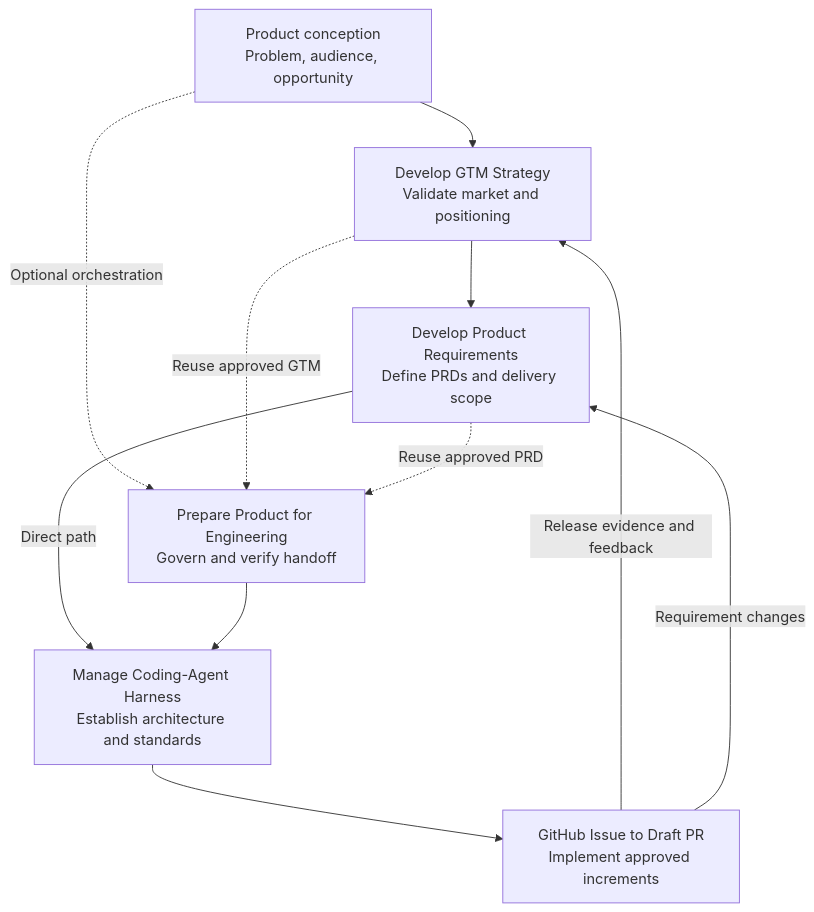
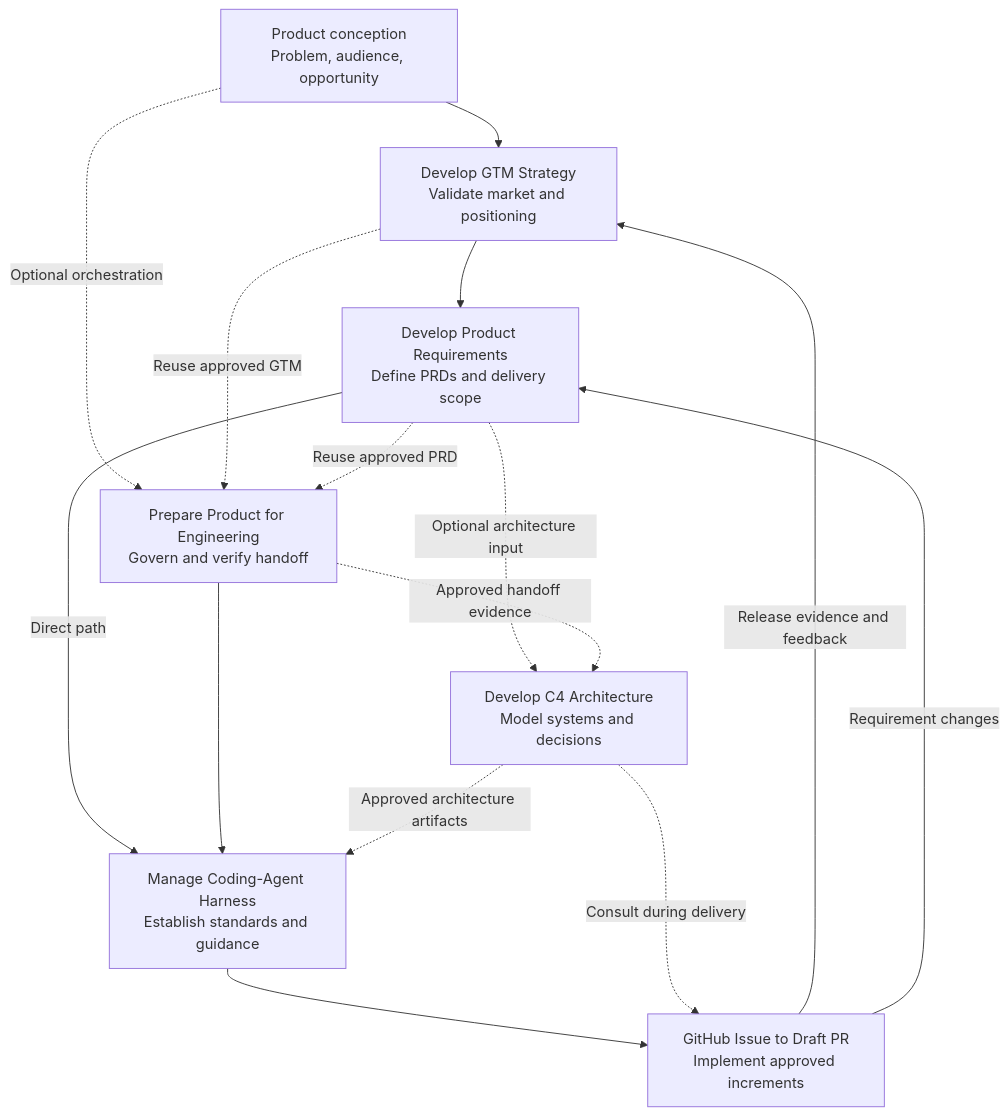
Before and after one commit to vladicaster/agent-skills: the diagram in README.md, drawn with Mermaid. The commit also changed other lines of this file and 8 other files, not shown here.

Commit message:
Add C4 architecture development skill

````diff
--- a/README.md
+++ b/README.md
@@ -47,20 +49,25 @@
 ```mermaid
 flowchart TD
     A["Product conception<br/>Problem, audience, opportunity"]
     B["Develop GTM Strategy<br/>Validate market and positioning"]
     C["Develop Product Requirements<br/>Define PRDs and delivery scope"]
     D["Prepare Product for Engineering<br/>Govern and verify handoff"]
-    E["Manage Coding-Agent Harness<br/>Establish architecture and standards"]
-    F["GitHub Issue to Draft PR<br/>Implement approved increments"]
+    E["Develop C4 Architecture<br/>Model systems and decisions"]
+    F["Manage Coding-Agent Harness<br/>Establish standards and guidance"]
+    G["GitHub Issue to Draft PR<br/>Implement approved increments"]
 
     A --> B
     B --> C
     A -.->|Optional orchestration| D
     B -.->|Reuse approved GTM| D
     C -.->|Reuse approved PRD| D
-    C -->|Direct path| E
-    D --> E
-    E --> F
-    F -->|Release evidence and feedback| B
-    F -->|Requirement changes| C
+    C -.->|Optional architecture input| E
+    D -.->|Approved handoff evidence| E
+    C -->|Direct path| F
+    D --> F
+    E -.->|Approved architecture artifacts| F
+    F --> G
+    E -.->|Consult during delivery| G
+    G -->|Release evidence and feedback| B
+    G -->|Requirement changes| C
 ```
````
